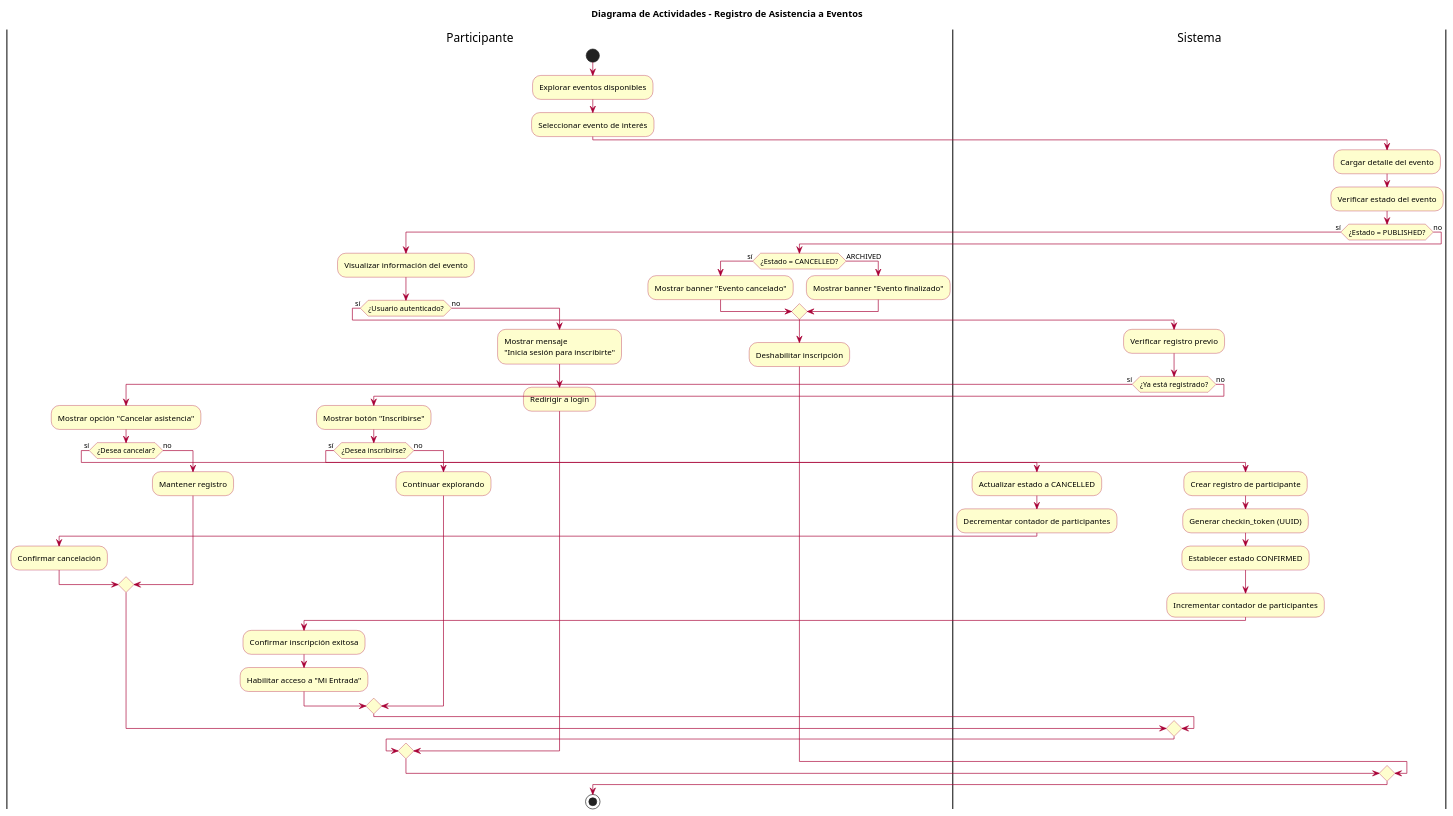
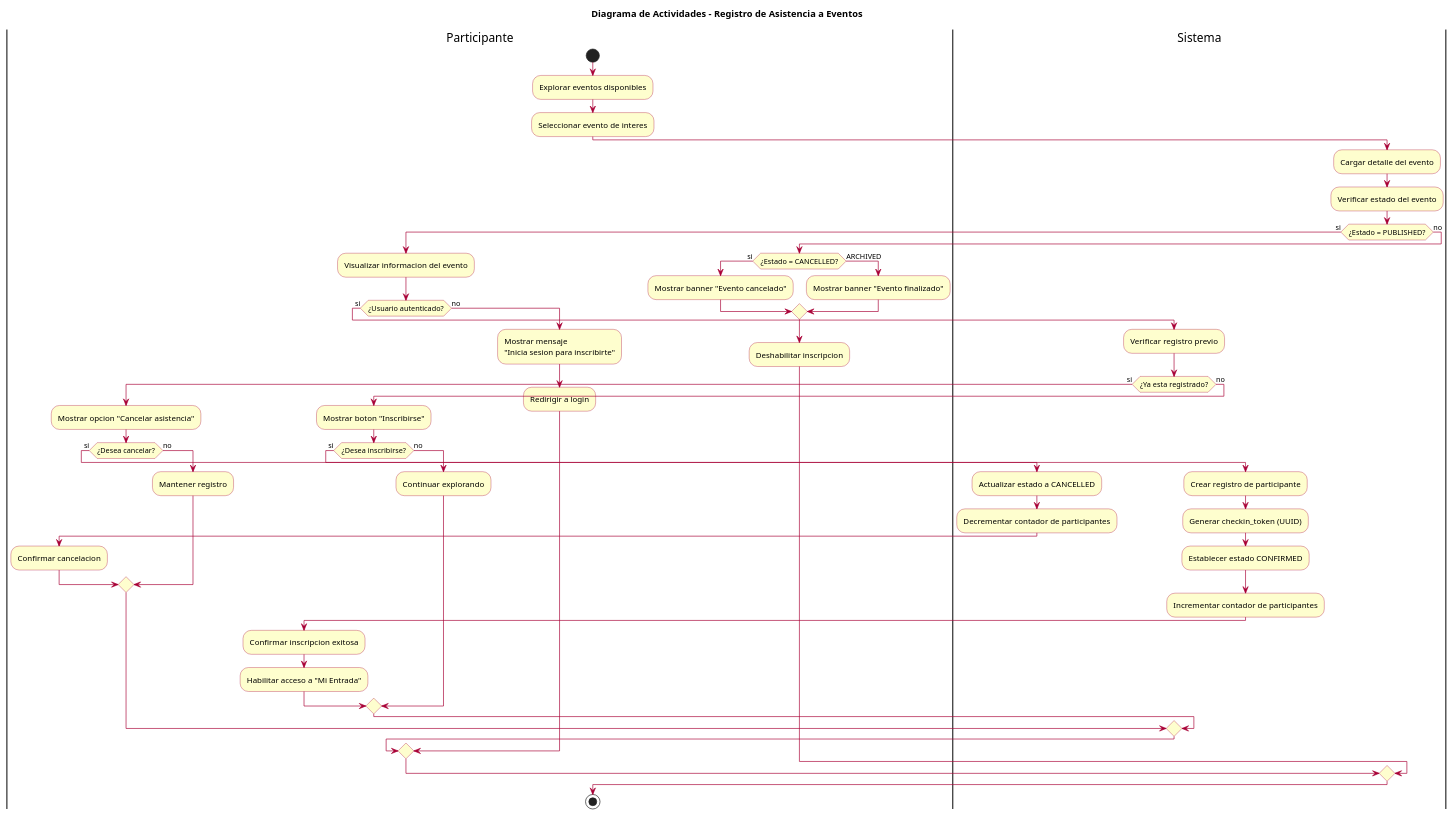
One commit to JeremyTierra/Azuevento changed the diagram in plan/diagramas/05_flujo_participacion.puml. Above: the diagram before and after it, drawn with PlantUML. The commit also changed 14 other files, not shown here.

Commit message:
Refactor diagrams to standardize Spanish terminology and improve consistency

```diff
--- a/plan/diagramas/05_flujo_participacion.puml
+++ b/plan/diagramas/05_flujo_participacion.puml
@@ -1,76 +1,76 @@
 @startuml Flujo_Participacion
 skinparam activityBackgroundColor #FEFECE
 skinparam activityBorderColor #A80036
 skinparam activityDiamondBackgroundColor #FEFECE
 skinparam activityDiamondBorderColor #A80036
 skinparam arrowColor #A80036
 
 title Diagrama de Actividades - Registro de Asistencia a Eventos
 
 |Participante|
 start
 
 :Explorar eventos disponibles;
 
-:Seleccionar evento de interés;
+:Seleccionar evento de interes;
 
 |Sistema|
 :Cargar detalle del evento;
 :Verificar estado del evento;
 
-if (¿Estado = PUBLISHED?) then (sí)
+if (¿Estado = PUBLISHED?) then (si)
     |Participante|
-    :Visualizar información del evento;
+    :Visualizar informacion del evento;
 
-    if (¿Usuario autenticado?) then (sí)
+    if (¿Usuario autenticado?) then (si)
         |Sistema|
         :Verificar registro previo;
 
-        if (¿Ya está registrado?) then (sí)
+        if (¿Ya esta registrado?) then (si)
             |Participante|
-            :Mostrar opción "Cancelar asistencia";
+            :Mostrar opcion "Cancelar asistencia";
 
-            if (¿Desea cancelar?) then (sí)
+            if (¿Desea cancelar?) then (si)
                 |Sistema|
                 :Actualizar estado a CANCELLED;
                 :Decrementar contador de participantes;
 
                 |Participante|
-                :Confirmar cancelación;
+                :Confirmar cancelacion;
             else (no)
                 :Mantener registro;
             endif
         else (no)
-            :Mostrar botón "Inscribirse";
+            :Mostrar boton "Inscribirse";
 
-            if (¿Desea inscribirse?) then (sí)
+            if (¿Desea inscribirse?) then (si)
                 |Sistema|
                 :Crear registro de participante;
                 :Generar checkin_token (UUID);
                 :Establecer estado CONFIRMED;
                 :Incrementar contador de participantes;
 
                 |Participante|
-                :Confirmar inscripción exitosa;
+                :Confirmar inscripcion exitosa;
                 :Habilitar acceso a "Mi Entrada";
             else (no)
                 :Continuar explorando;
             endif
         endif
     else (no)
-        :Mostrar mensaje\n"Inicia sesión para inscribirte";
+        :Mostrar mensaje\n"Inicia sesion para inscribirte";
         :Redirigir a login;
     endif
 else (no)
     |Participante|
-    if (¿Estado = CANCELLED?) then (sí)
+    if (¿Estado = CANCELLED?) then (si)
         :Mostrar banner "Evento cancelado";
     else (ARCHIVED)
         :Mostrar banner "Evento finalizado";
     endif
-    :Deshabilitar inscripción;
+    :Deshabilitar inscripcion;
 endif
 
 stop
 
 @enduml
```
